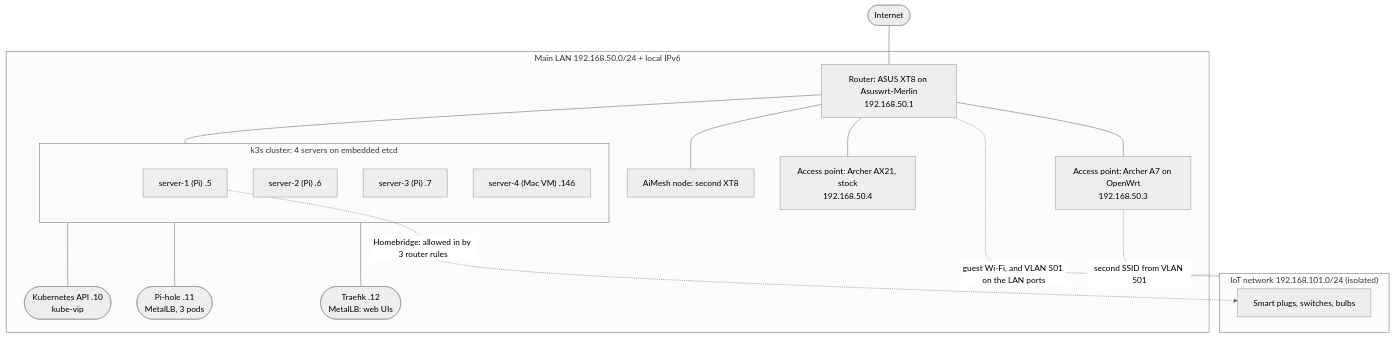
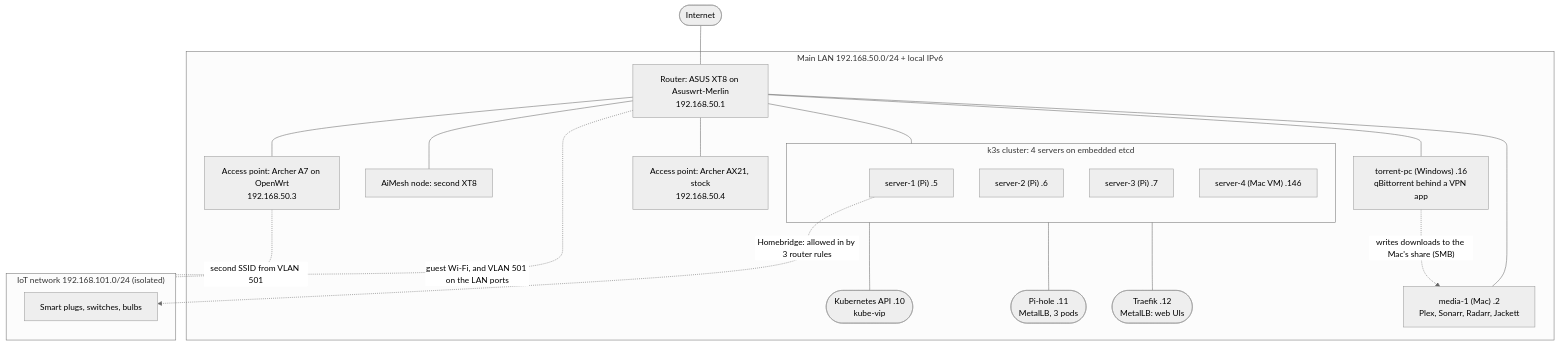
Before and after one commit to paullstanley/homelab-k3s-public: the diagram in docs/start-here/overview.md, drawn with Mermaid (neutral theme). The commit also changed other lines of this file and 18 other files, not shown here.

Commit message:
Media stack pages: overview, Plex, Sonarr/Radarr, Jackett/Prowlarr, qBittorrent behind a VPN; health scripts

````diff
--- a/docs/start-here/overview.md
+++ b/docs/start-here/overview.md
@@ -11,32 +11,37 @@
 ```mermaid
 flowchart TB
   internet([Internet]) --- router
   subgraph LAN["Main LAN 192.168.50.0/24 + local IPv6"]
     router["Router: ASUS XT8 on Asuswrt-Merlin<br/>192.168.50.1"]
     node["AiMesh node: second XT8"]
     apo["Access point: Archer A7 on OpenWrt<br/>192.168.50.3"]
     aps["Access point: Archer AX21, stock<br/>192.168.50.4"]
     subgraph cluster["k3s cluster: 4 servers on embedded etcd"]
       s1["server-1 (Pi) .5"]
       s2["server-2 (Pi) .6"]
       s3["server-3 (Pi) .7"]
       s4["server-4 (Mac VM) .146"]
     end
     api(["Kubernetes API .10<br/>kube-vip"])
     pihole(["Pi-hole .11<br/>MetalLB, 3 pods"])
     traefik(["Traefik .12<br/>MetalLB: web UIs"])
+    media["media-1 (Mac) .2<br/>Plex, Sonarr, Radarr, Jackett"]
+    torrent["torrent-pc (Windows) .16<br/>qBittorrent behind a VPN app"]
   end
   subgraph IOT["IoT network 192.168.101.0/24 (isolated)"]
     iot["Smart plugs, switches, bulbs"]
   end
   router --- node
   router --- apo
   router --- aps
   router --- cluster
   cluster --- api
   cluster --- pihole
   cluster --- traefik
   router -. "guest Wi-Fi, and VLAN 501 on the LAN ports" .- IOT
   apo -. "second SSID from VLAN 501" .- IOT
   s1 -. "Homebridge: allowed in by 3 router rules" .-> iot
+  router --- media
+  router --- torrent
+  torrent -. "writes downloads to the Mac's share (SMB)" .-> media
 ```
````
